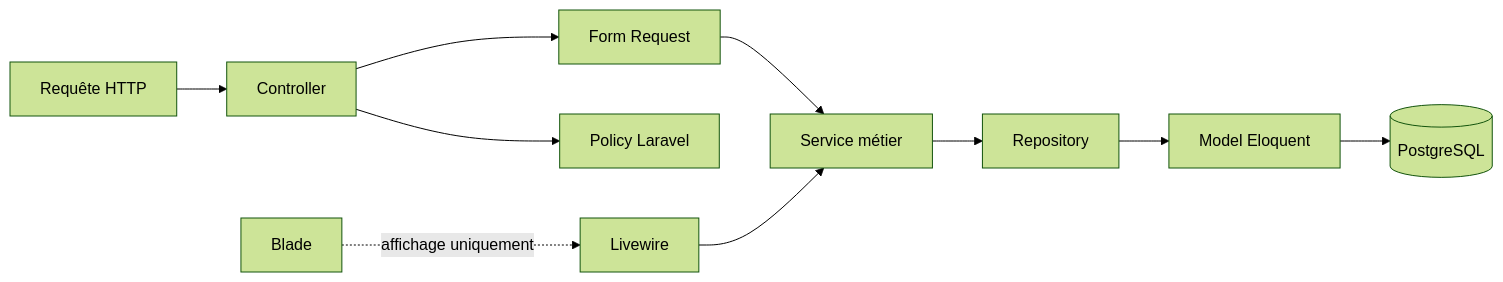
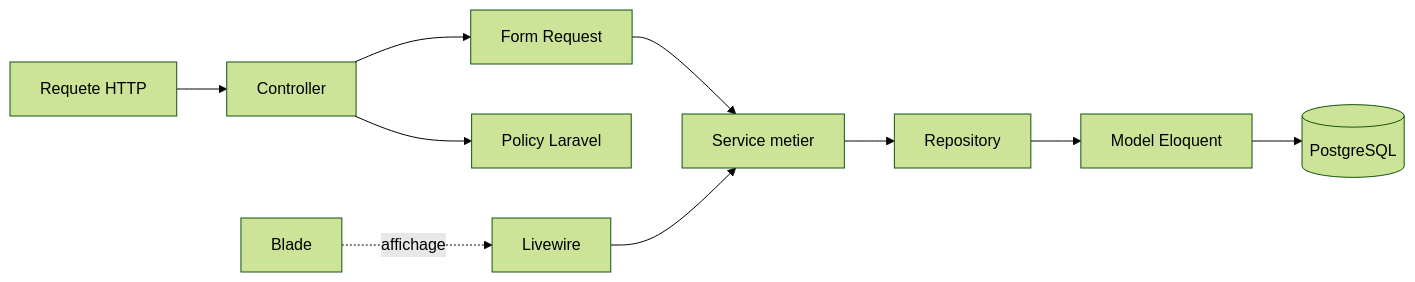
The third of 15 diagrams in docs/RAPPORT.md (Claude20022002/StudyLib), drawn with Mermaid (forest theme) before and after one commit. The commit also changed other lines of this file, not shown here.

Commit message:
Update RAPPORT.md to enhance compatibility with GitHub by adjusting Mermaid diagram labels, standardizing terminology, and improving clarity in various sections, including functional modules and user flows.

````diff
--- a/docs/RAPPORT.md
+++ b/docs/RAPPORT.md
@@ -181,13 +182,13 @@
 ```mermaid
 flowchart LR
-    REQ[Requête HTTP] --> CTRL[Controller]
+    REQ[Requete HTTP] --> CTRL[Controller]
     CTRL --> FR[Form Request]
-    FR --> SVC[Service métier]
+    FR --> SVC[Service metier]
     SVC --> REPO[Repository]
     REPO --> MODEL[Model Eloquent]
     MODEL --> DB[(PostgreSQL)]
 
     CTRL --> POL[Policy Laravel]
     LW[Livewire] --> SVC
-    VIEW[Blade] -.->|affichage uniquement| LW
+    VIEW[Blade] -.->|affichage| LW
 ```
````
